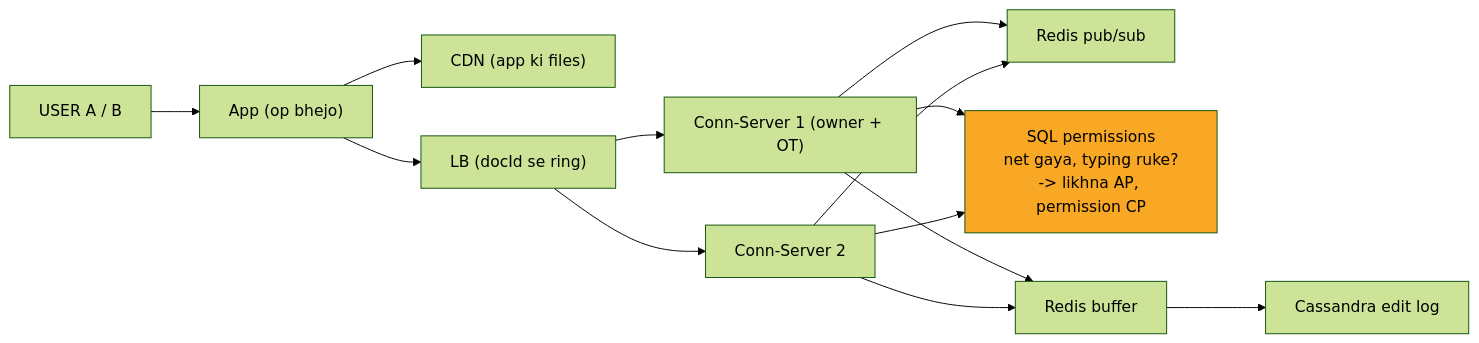
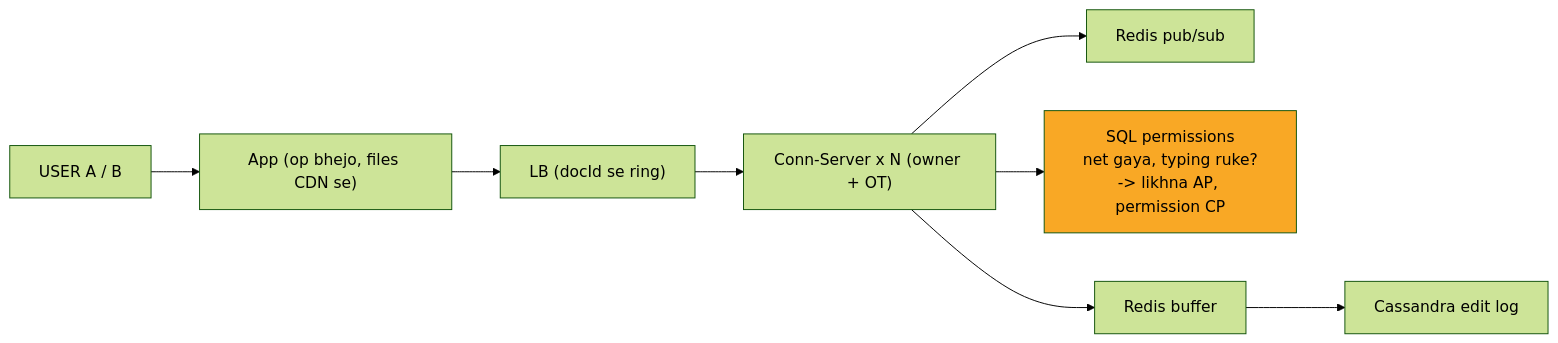
The eighth of 10 diagrams in 04_HLD/SYSTEM_DESIGNS/11_google_docs_collab/11_google_docs_collab.md (ArpanMaheshwari144/Prep), drawn with Mermaid (forest theme) before and after one commit. The commit also changed other lines of this file and 11 other files, not shown here.

Commit message:
hld: card diagrams max 8 boxes (App x N, merged stores/chains; full diagram only in AAKHRI DABBA)

````diff
--- a/04_HLD/SYSTEM_DESIGNS/11_google_docs_collab/11_google_docs_collab.md
+++ b/04_HLD/SYSTEM_DESIGNS/11_google_docs_collab/11_google_docs_collab.md
@@ -277,26 +273,19 @@
 ```mermaid
 flowchart LR
     n_USER["USER A / B"]
-    n_App["App (op bhejo)"]
-    n_CDN["CDN (app ki files)"]
+    n_App["App (op bhejo, files CDN se)"]
     n_LB["LB (docId se ring)"]
-    n_CS1["Conn-Server 1 (owner + OT)"]
-    n_CS2["Conn-Server 2"]
+    n_Conn_Server_xN["Conn-Server x N (owner + OT)"]
     n_PS["Redis pub/sub"]
     n_SQL["SQL permissions<br/>net gaya, typing ruke?<br/>-> likhna AP, permission CP"]
     n_BUF["Redis buffer"]
     n_CAS["Cassandra edit log"]
     n_USER --> n_App
-    n_App --> n_CDN
     n_App --> n_LB
-    n_LB --> n_CS1
-    n_LB --> n_CS2
-    n_CS1 --> n_PS
-    n_CS2 --> n_PS
-    n_CS1 --> n_BUF
-    n_CS2 --> n_BUF
-    n_CS1 --> n_SQL
-    n_CS2 --> n_SQL
+    n_LB --> n_Conn_Server_xN
+    n_Conn_Server_xN --> n_PS
+    n_Conn_Server_xN --> n_BUF
+    n_Conn_Server_xN --> n_SQL
     n_BUF --> n_CAS
     style n_SQL fill:#f9a825,color:#000
 ```
````
